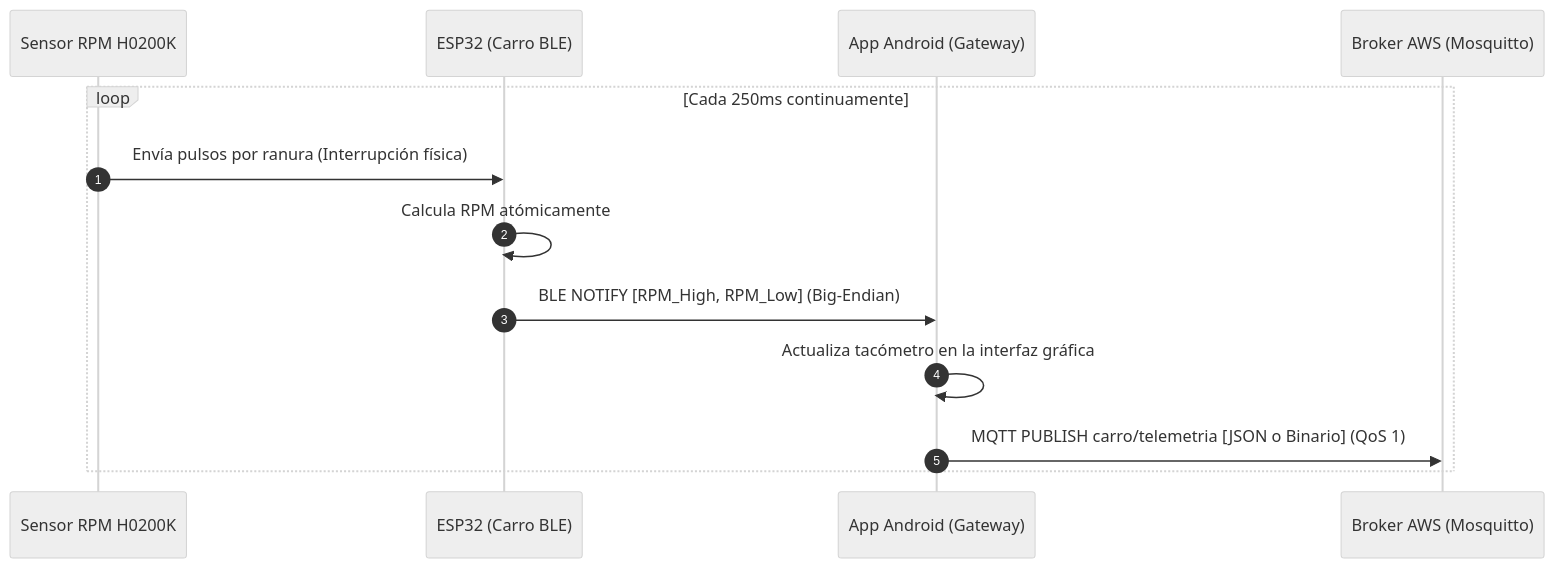
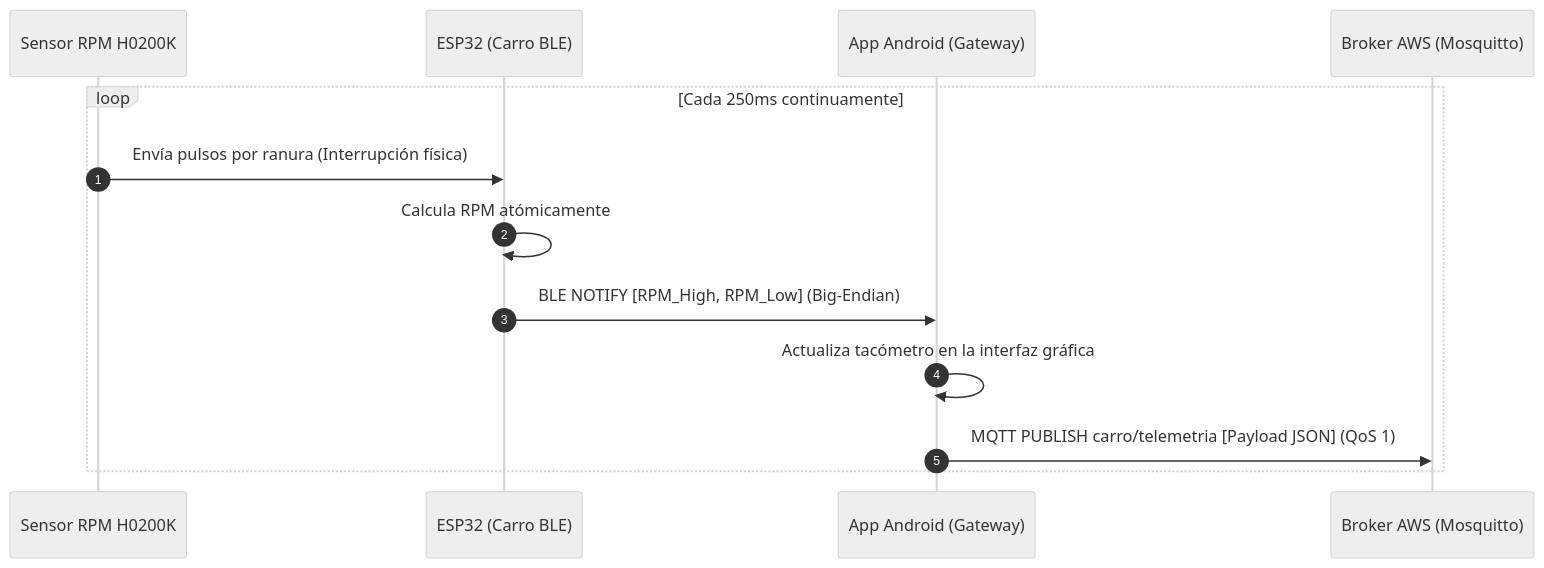
One commit to JuanLopezM31/IoT-FinalProject changed the third of 5 diagrams in README.md. Above: the diagram before and after it, drawn with Mermaid (neutral theme). The commit also changed other lines of this file, not shown here.

````diff
--- a/README.md
+++ b/README.md
@@ -114,16 +94,16 @@
 ```mermaid
 sequenceDiagram
     autonumber
     participant Sensor as Sensor RPM H0200K
     participant ESP as ESP32 (Carro BLE)
     participant App as App Android (Gateway)
     participant Broker as Broker AWS (Mosquitto)
 
     loop Cada 250ms continuamente
         Sensor->>ESP: Envía pulsos por ranura (Interrupción física)
         ESP->>ESP: Calcula RPM atómicamente
         ESP->>App: BLE NOTIFY [RPM_High, RPM_Low] (Big-Endian)
         App->>App: Actualiza tacómetro en la interfaz gráfica
-        App->>Broker: MQTT PUBLISH carro/telemetria [JSON o Binario] (QoS 1)
+        App->>Broker: MQTT PUBLISH carro/telemetria [Payload JSON] (QoS 1)
     end
 ```
````
